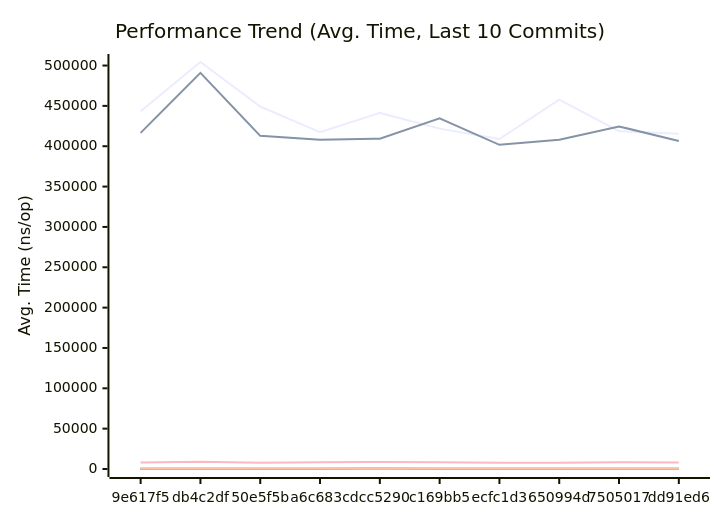
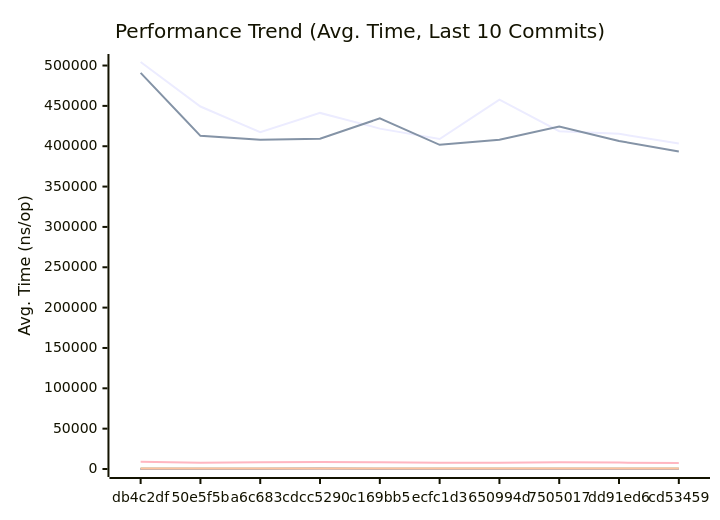
Before and after one commit to alsotoes/momo: the first of 3 diagrams in docs/PERFORMANCE.md, drawn with Mermaid. The commit also changed other lines of this file and 2 other files, not shown here.

````diff
--- a/docs/PERFORMANCE.md
+++ b/docs/PERFORMANCE.md
@@ -145,20 +145,20 @@
 ```mermaid
 xychart-beta
     title "Performance Trend (Avg. Time, Last 10 Commits)"
     x-axis "Commit"
     y-axis "Avg. Time (ns/op)"
-    x-axis [9e617f5,db4c2df,50e5f5b,a6c683c,dcc5290,c169bb5,ecfc1d3,650994d,7505017,dd91ed6]
-    line "AWSChunkedReaderSigned" [443463,504383,449225,417284,441285,421825,408990,457655,418649,415373]
-    line "AWSChunkedReaderUnsigned" [416589,490906,412879,408069,409317,434524,401783,408115,424530,406436]
-    line "CheckMetricsAndSwap" [7,8,8,8,8,8,8,8,8,7]
-    line "CrushOptimized" [318,375,304,305,316,338,304,306,309,294]
-    line "CrushOriginal" [409,471,434,425,445,417,407,394,422,407]
+    x-axis [db4c2df,50e5f5b,a6c683c,dcc5290,c169bb5,ecfc1d3,650994d,7505017,dd91ed6,cd53459]
+    line "AWSChunkedReaderSigned" [504383,449225,417284,441285,421825,408990,457655,418649,415373,403249]
+    line "AWSChunkedReaderUnsigned" [490906,412879,408069,409317,434524,401783,408115,424530,406436,393596]
+    line "CheckMetricsAndSwap" [8,8,8,8,8,8,8,8,7,8]
+    line "CrushOptimized" [375,304,305,316,338,304,306,309,294,287]
+    line "CrushOriginal" [471,434,425,445,417,407,394,422,407,389]
     line "IndexDirectTracking" [0,0,0,0,0,0,0,0,0,0]
-    line "IndexSearch" [2,2,2,2,2,2,2,2,2,2]
-    line "LoadGlobalConfig" [8138,9117,7890,8368,8771,8344,7742,7670,8319,7911]
-    line "PadString" [39,49,39,40,45,41,40,38,40,39]
+    line "IndexSearch" [2,2,2,2,2,2,2,2,2,1]
+    line "LoadGlobalConfig" [9117,7890,8368,8771,8344,7742,7670,8319,7911,7590]
+    line "PadString" [49,39,40,45,41,40,38,40,39,36]
     line "ParseReplicationOrder_NoPrealloc" [350,349,357,354,345,225,229,165,232,234]
     line "ParseReplicationOrder_Prealloc" [229,231,237,234,229,108,107,80,110,109]
-    line "SanitizeLog/Safe" [222,430,390,419,504,229,396,398,416,401]
-    line "SanitizeLog/Unsafe" [658,601,504,506,501,678,514,487,506,541]
+    line "SanitizeLog/Safe" [430,390,419,504,229,396,398,416,401,396]
+    line "SanitizeLog/Unsafe" [601,504,506,501,678,514,487,506,541,482]
 ```
````
